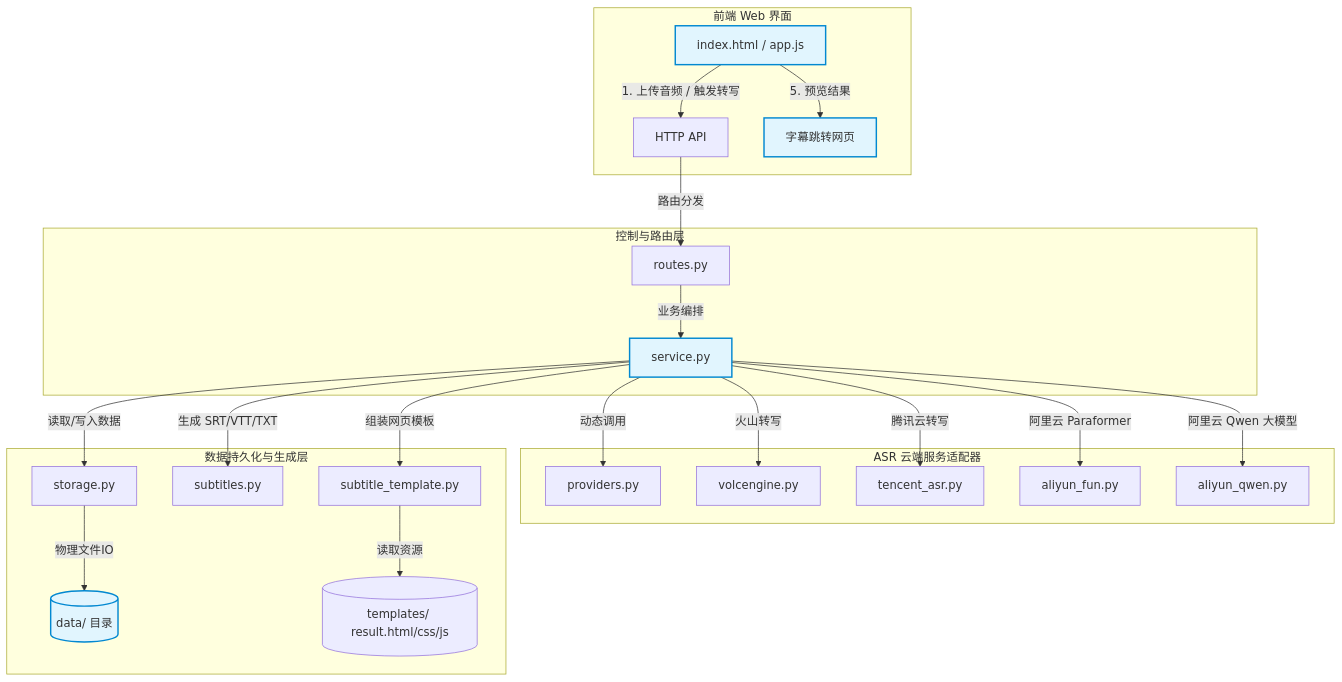
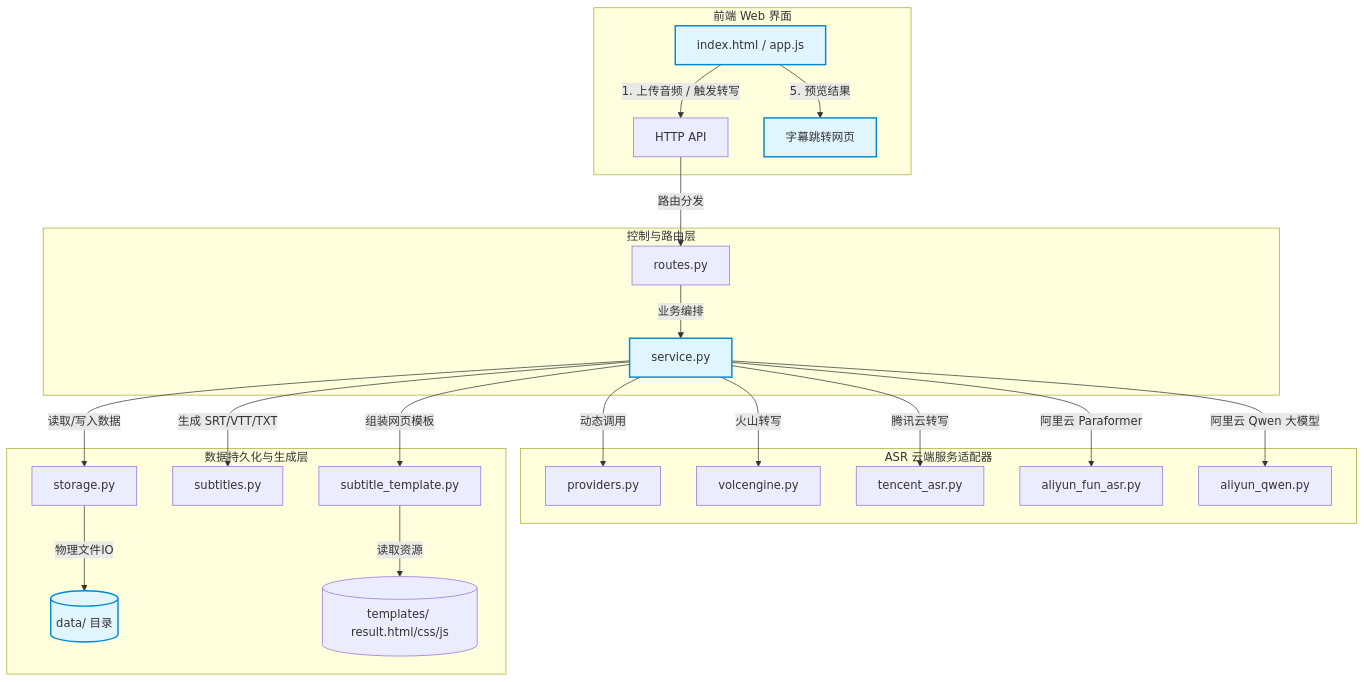
The diagram in README.md (XavierWang3P/listening-scribe), drawn with Mermaid before and after one commit. The commit also changed other lines of this file and 3 other files, not shown here.

Commit message:
refactor: rename aliyun_fun.py to aliyun_fun_asr.py per user feedback

````diff
--- a/README.md
+++ b/README.md
@@ -19,35 +19,35 @@
 ```mermaid
 graph TD
     %% 前端层
     subgraph Frontend [前端 Web 界面]
         UI[index.html / app.js] -->|1. 上传音频 / 触发转写| API[HTTP API]
         UI -->|5. 预览结果| SubHTML[字幕跳转网页]
     end
 
     %% 控制与路由层
     subgraph Control [控制与路由层]
         API -->|路由分发| Routes[routes.py]
         Routes -->|业务编排| Service[service.py]
     end
 
     %% 服务适配器层
     subgraph Adapters [ASR 云端服务适配器]
         Service -->|动态调用| Providers[providers.py]
         Service -->|火山转写| Volc[volcengine.py]
         Service -->|腾讯云转写| Tencent[tencent_asr.py]
-        Service -->|阿里云 Paraformer| AliFun[aliyun_fun.py]
+        Service -->|阿里云 Paraformer| AliFun[aliyun_fun_asr.py]
         Service -->|阿里云 Qwen 大模型| AliQwen[aliyun_qwen.py]
     end
 
     %% 存储与生成层
     subgraph Storage [数据持久化与生成层]
         Service -->|读取/写入数据| StorageMgr[storage.py]
         StorageMgr -->|物理文件IO| Disk[(data/ 目录)]
         Service -->|生成 SRT/VTT/TXT| Subtitles[subtitles.py]
         Service -->|组装网页模板| SubTmpl[subtitle_template.py]
         SubTmpl -->|读取资源| TmplSrc[(templates/ result.html/css/js)]
     end
 
     classDef highlight fill:#e1f5fe,stroke:#0288d1,stroke-width:2px;
     class UI,SubHTML,Service,Disk highlight;
 ```
````
